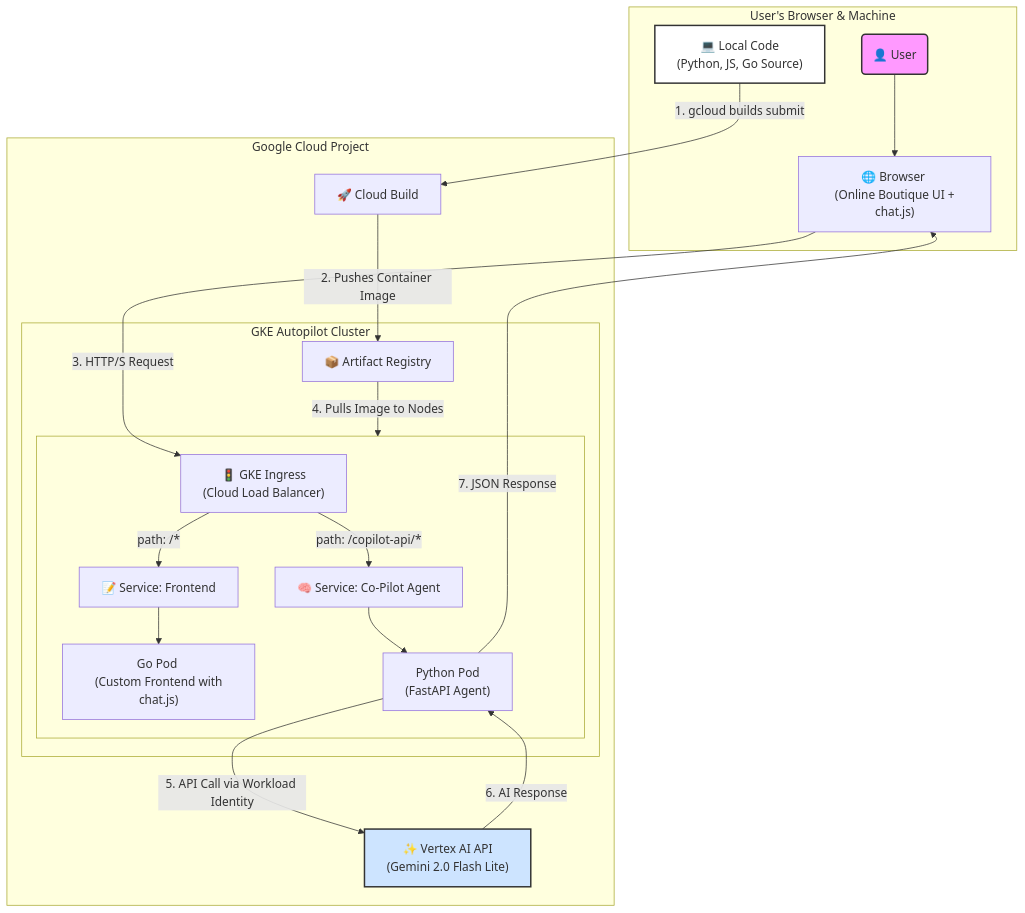
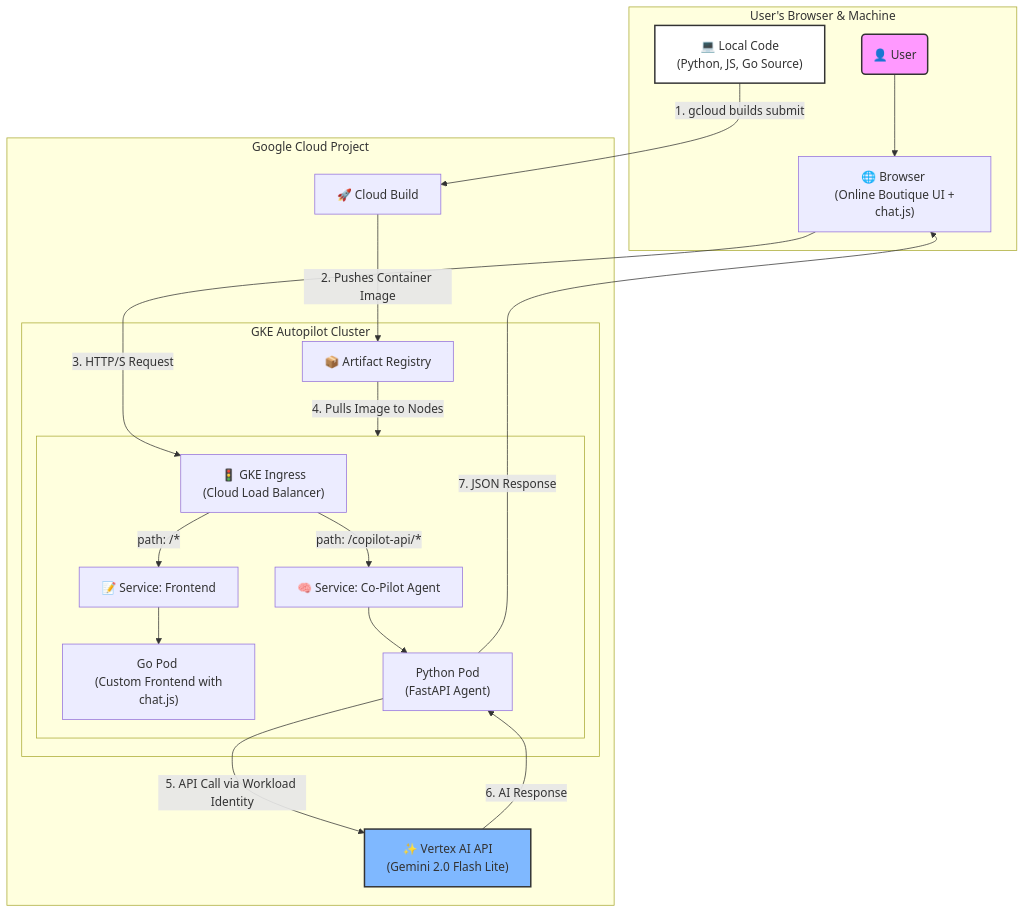
One commit to rufiix/Boutique-Co-Pilot changed the diagram in README.md. Above: the diagram before and after it, drawn with Mermaid.

````diff
--- a/README.md
+++ b/README.md
@@ -43,37 +43,37 @@
 ```mermaid  
 
 graph TD
     subgraph "User's Browser & Machine"
         User(👤 User) --> Browser["🌐 Browser <br> (Online Boutique UI + chat.js)"];
         LocalCode["💻 Local Code <br> (Python, JS, Go Source)"];
     end
 
     subgraph "Google Cloud Project"
         LocalCode -- "1. gcloud builds submit" --> CloudBuild["🚀 Cloud Build"];
         CloudBuild -- "2. Pushes Container Image" --> ArtifactRegistry["📦 Artifact Registry"];
         
         Browser -- "3. HTTP/S Request" --> Ingress["🚦 GKE Ingress <br> (Cloud Load Balancer)"];
 
         subgraph "GKE Autopilot Cluster"
             ArtifactRegistry -- "4. Pulls Image to Nodes" --> GKECluster;
             
             subgraph GKECluster [ ]
                 Ingress -- "path: /*" --> FrontendService["📝 Service: Frontend"];
                 Ingress -- "path: /copilot-api/*" --> AgentService["🧠 Service: Co-Pilot Agent"];
 
                 FrontendService --> FrontendPod["Go Pod <br> (Custom Frontend with chat.js)"];
                 AgentService --> AgentPod["Python Pod <br> (FastAPI Agent)"];
             end
         end
 
         AgentPod -- "5. API Call via Workload Identity" --> VertexAI["✨ Vertex AI API <br> (Gemini 2.0 Flash Lite)"];
     end
 
     VertexAI -- "6. AI Response" --> AgentPod;
     AgentPod -- "7. JSON Response" --> Browser;
 
     style User fill:#f9f,stroke:#333,stroke-width:2px
     style LocalCode fill:#FFF,stroke:#333,stroke-width:2px
-    style VertexAI fill:#cde4ff,stroke:#333,stroke-width:2px
+    style VertexAI fill:#7fb8ff,stroke:#333,stroke-width:2px
 
 ```
````
